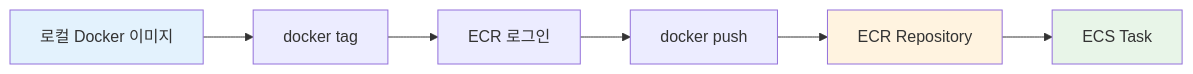
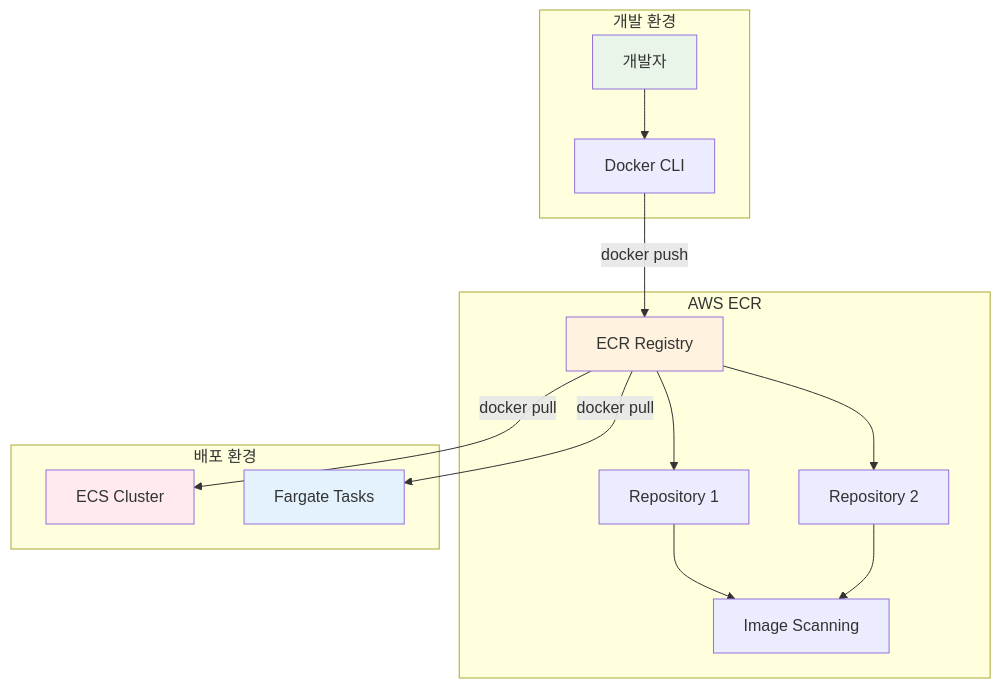
Before and after one commit to niceguy61/kdt_devops_lecture_2025: the first of 2 diagrams in theory/november/week_02/day3/session_1.md, drawn with Mermaid. The commit also changed other lines of this file and 7 other files, not shown here.

````diff
--- a/theory/november/week_02/day3/session_1.md
+++ b/theory/november/week_02/day3/session_1.md
@@ -116,12 +49,33 @@
 ```mermaid
-graph LR
-    A[로컬 Docker 이미지] --> B[docker tag]
-    B --> C[ECR 로그인]
-    C --> D[docker push]
-    D --> E[ECR Repository]
-    E --> F[ECS Task]
+graph TB
+    subgraph "개발 환경"
+        DEV[개발자]
+        DOCKER[Docker CLI]
+    end
     
-    style A fill:#e3f2fd
-    style E fill:#fff3e0
-    style F fill:#e8f5e8
+    subgraph "AWS ECR"
+        REGISTRY[ECR Registry]
+        REPO1[Repository 1]
+        REPO2[Repository 2]
+        SCAN[Image Scanning]
+    end
+    
+    subgraph "배포 환경"
+        ECS[ECS Cluster]
+        FARGATE[Fargate Tasks]
+    end
+    
+    DEV --> DOCKER
+    DOCKER -->|docker push| REGISTRY
+    REGISTRY --> REPO1
+    REGISTRY --> REPO2
+    REPO1 --> SCAN
+    REPO2 --> SCAN
+    REGISTRY -->|docker pull| ECS
+    REGISTRY -->|docker pull| FARGATE
+    
+    style DEV fill:#e8f5e8
+    style REGISTRY fill:#fff3e0
+    style ECS fill:#ffebee
+    style FARGATE fill:#e3f2fd
 ```
````
